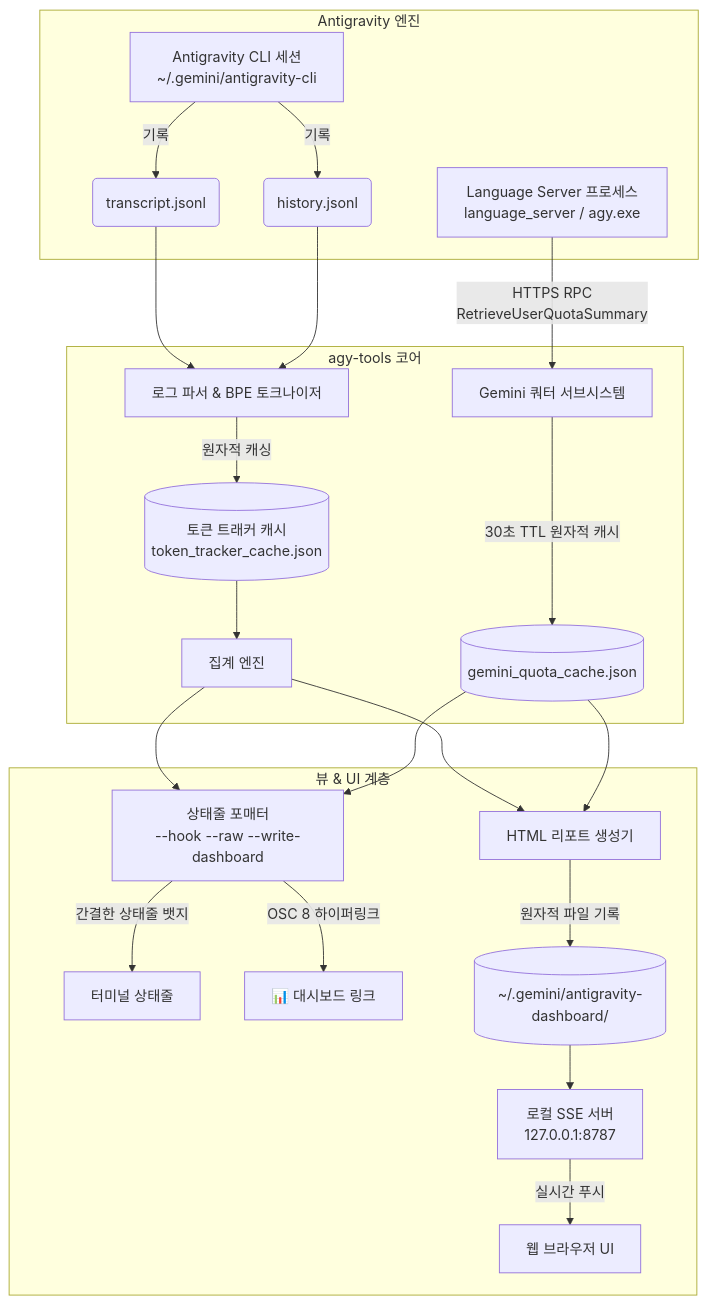
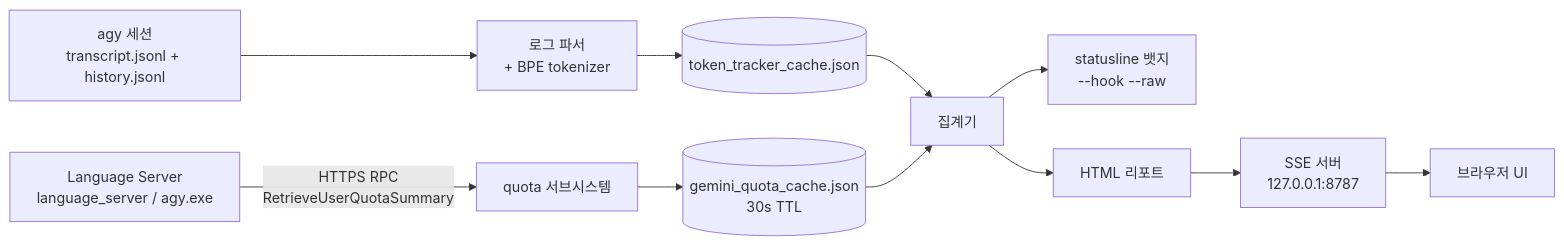
Before and after one commit to myk1yt/agy-pro: the diagram in README.ko.md, drawn with Mermaid. The commit also changed other lines of this file and 5 other files, not shown here.

First line of the commit message:
docs(readme): bilingual rewrite with agy-pro spotlight and SVG diagrams

````diff
--- a/README.ko.md
+++ b/README.ko.md
@@ -40,28 +207,11 @@
 ```mermaid
-flowchart TD
-    subgraph Antigravity 엔진
-        A[Antigravity CLI 세션\n~/.gemini/antigravity-cli] -->|기록| B(transcript.jsonl)
-        A -->|기록| C(history.jsonl)
-        LS[Language Server 프로세스\nlanguage_server / agy.exe]
-    end
-
-    subgraph agy-tools 코어
-        B --> D[로그 파서 & BPE 토크나이저]
-        C --> D
-        D -->|원자적 캐싱| E[(토큰 트래커 캐시\ntoken_tracker_cache.json)]
-        E --> F[집계 엔진]
-        
-        LS -->|HTTPS RPC\nRetrieveUserQuotaSummary| G[Gemini 쿼터 서브시스템]
-        G -->|30초 TTL 원자적 캐시| H[(gemini_quota_cache.json)]
-    end
-
-    subgraph 뷰 & UI 계층
-        F & H --> I[상태줄 포매터\n--hook --raw --write-dashboard]
-        I -->|간결한 상태줄 뱃지| J[터미널 상태줄]
-        I -->|OSC 8 하이퍼링크| K[📊 대시보드 링크]
-        F & H --> L[HTML 리포트 생성기]
-        L -->|원자적 파일 기록| M[(~/.gemini/antigravity-dashboard/)]
-        M --> N[로컬 SSE 서버\n127.0.0.1:8787]
-        N -->|실시간 푸시| O[웹 브라우저 UI]
-    end
+flowchart LR
+    A["agy 세션<br/>transcript.jsonl + history.jsonl"] --> B["로그 파서<br/>+ BPE tokenizer"]
+    B --> C[("token_tracker_cache.json")]
+    LS["Language Server<br/>language_server / agy.exe"] -->|"HTTPS RPC<br/>RetrieveUserQuotaSummary"| Q["quota 서브시스템"]
+    Q --> Qc[("gemini_quota_cache.json<br/>30s TTL")]
+    C --> D["집계기"]
+    Qc --> D
+    D --> E["statusline 뱃지<br/>--hook --raw"]
+    D --> F["HTML 리포트"] --> G["SSE 서버<br/>127.0.0.1:8787"] --> H["브라우저 UI"]
 ```
````
